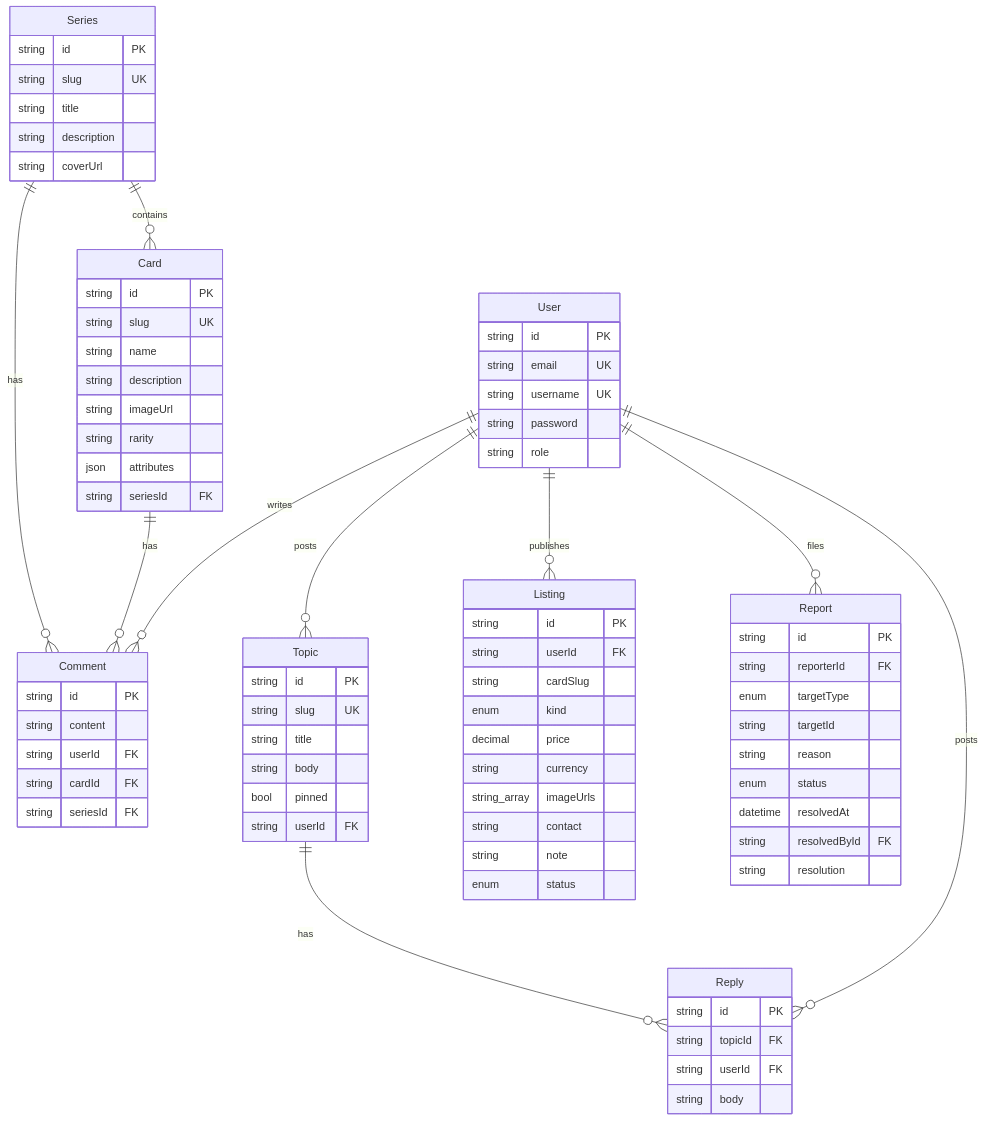
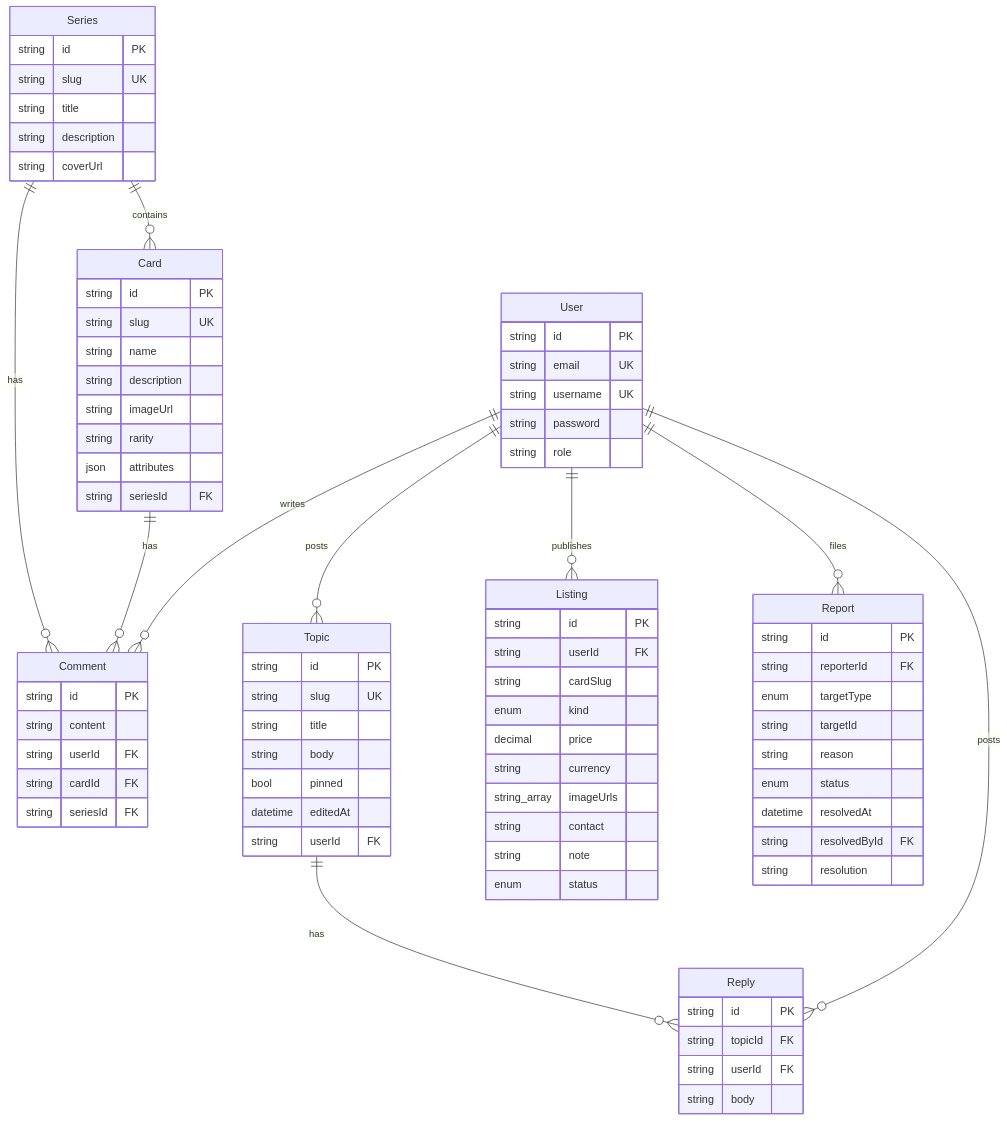
One commit to xv-jiaqi/multi-apps changed the diagram in docs/Cardhub/feature-inventory.md. Above: the diagram before and after it, drawn with Mermaid. The commit also changed other lines of this file and 20 other files, not shown here.

````diff
--- a/docs/Cardhub/feature-inventory.md
+++ b/docs/Cardhub/feature-inventory.md
@@ -234,81 +234,82 @@
 ```mermaid
 erDiagram
   User ||--o{ Comment : writes
   User ||--o{ Topic : posts
   User ||--o{ Reply : posts
   User ||--o{ Listing : publishes
   User ||--o{ Report : files
   Series ||--o{ Card : contains
   Card ||--o{ Comment : has
   Series ||--o{ Comment : has
   Topic ||--o{ Reply : has
 
   User {
     string id PK
     string email UK
     string username UK
     string password
     string role
   }
   Series {
     string id PK
     string slug UK
     string title
     string description
     string coverUrl
   }
   Card {
     string id PK
     string slug UK
     string name
     string description
     string imageUrl
     string rarity
     json attributes
     string seriesId FK
   }
   Comment {
     string id PK
     string content
     string userId FK
     string cardId FK
     string seriesId FK
   }
   Topic {
     string id PK
     string slug UK
     string title
     string body
     bool pinned
+    datetime editedAt
     string userId FK
   }
   Reply {
     string id PK
     string topicId FK
     string userId FK
     string body
   }
   Listing {
     string id PK
     string userId FK
     string cardSlug
     enum kind
     decimal price
     string currency
     string_array imageUrls
     string contact
     string note
     enum status
   }
   Report {
     string id PK
     string reporterId FK
     enum targetType
     string targetId
     string reason
     enum status
     datetime resolvedAt
     string resolvedById FK
     string resolution
   }
 ```
````
